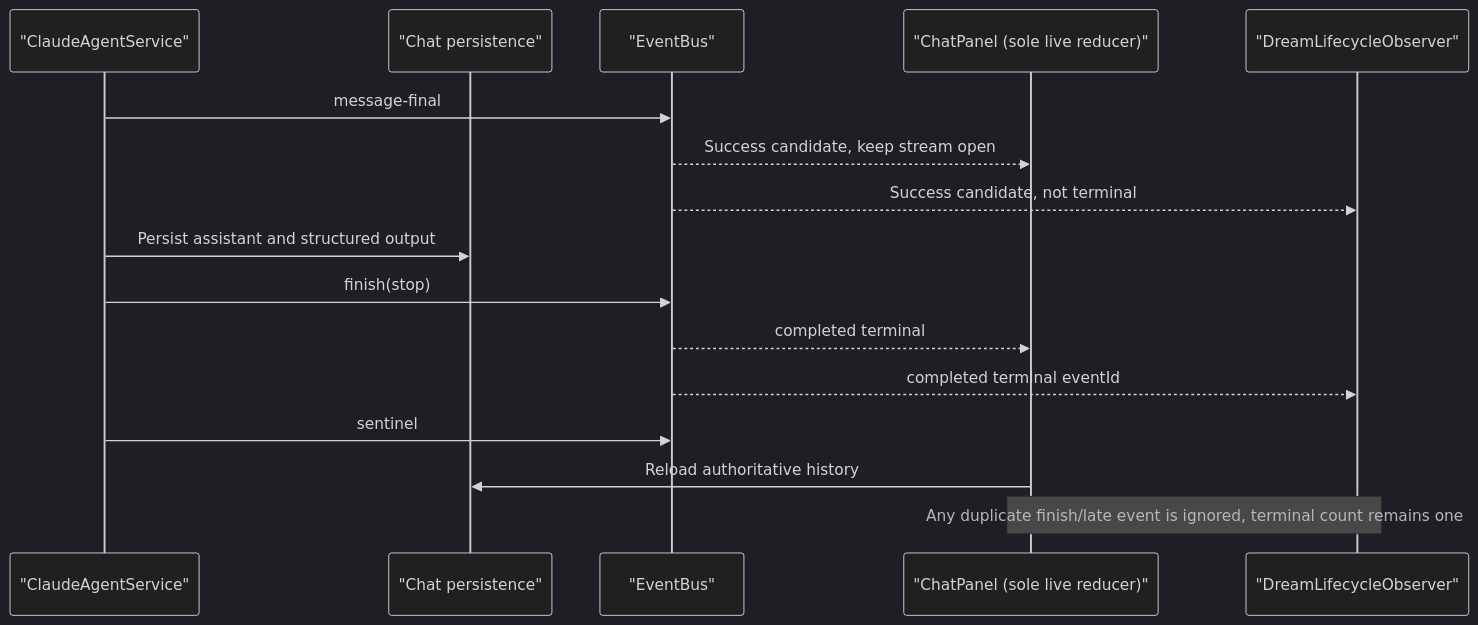
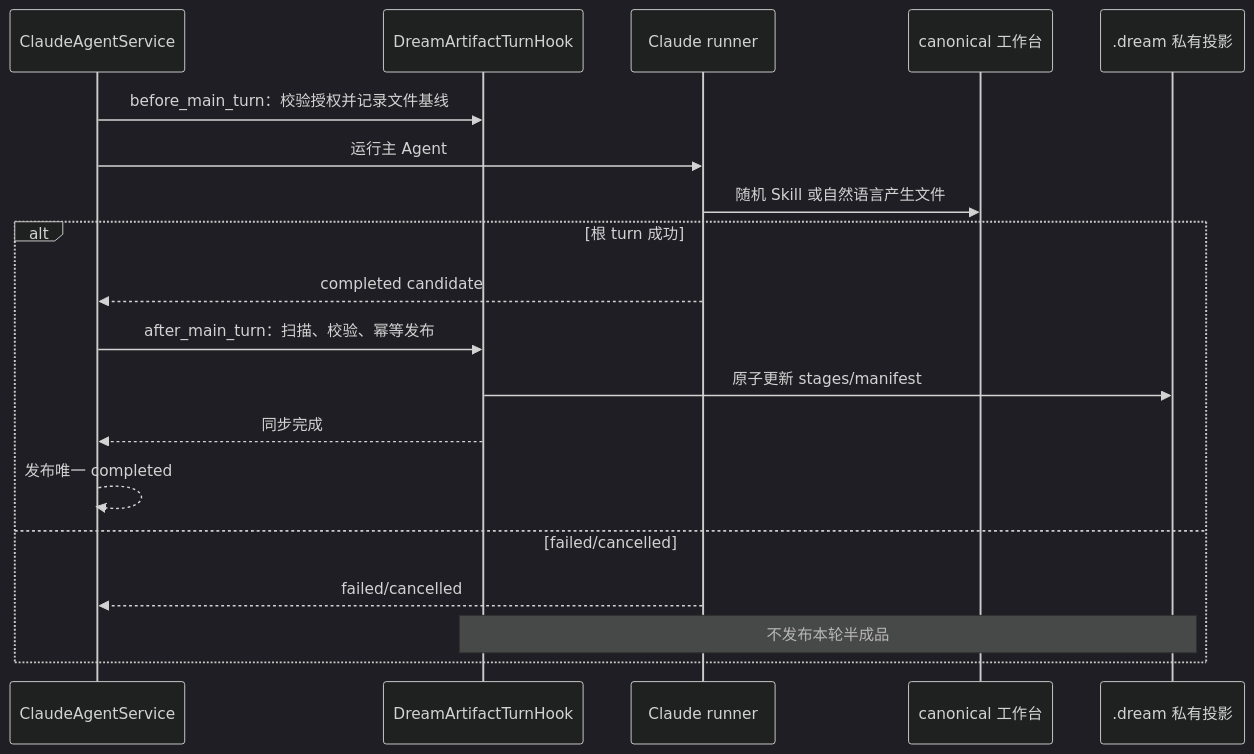
The tenth of 10 diagrams in docs/design/dream-agent/interaction-design.md (glide-the/im-dream), drawn with Mermaid (dark theme) before and after one commit. The commit also changed other lines of this file and 99 other files, not shown here.

Commit message:
refactor(dream): replace episode state machine with skill hooks

````diff
--- a/docs/design/dream-agent/interaction-design.md
+++ b/docs/design/dream-agent/interaction-design.md
@@ -491,19 +204,21 @@
 ```mermaid
 sequenceDiagram
-    participant Service as "ClaudeAgentService"
-    participant DB as "Chat persistence"
-    participant Bus as "EventBus"
-    participant Ctrl as "ChatPanel (sole live reducer)"
-    participant Obs as "DreamLifecycleObserver"
-
-    Service->>Bus: message-final
-    Bus-->>Ctrl: Success candidate, keep stream open
-    Bus-->>Obs: Success candidate, not terminal
-    Service->>DB: Persist assistant and structured output
-    Service->>Bus: finish(stop)
-    Bus-->>Ctrl: completed terminal
-    Bus-->>Obs: completed terminal eventId
-    Service->>Bus: sentinel
-    Ctrl->>DB: Reload authoritative history
-    Note over Ctrl,Obs: Any duplicate finish/late event is ignored, terminal count remains one
+    participant S as ClaudeAgentService
+    participant H as DreamArtifactTurnHook
+    participant R as Claude runner
+    participant W as canonical 工作台
+    participant D as .dream 私有投影
+    S->>H: before_main_turn：校验授权并记录文件基线
+    S->>R: 运行主 Agent
+    R->>W: 随机 Skill 或自然语言产生文件
+    alt 根 turn 成功
+        R-->>S: completed candidate
+        S->>H: after_main_turn：扫描、校验、幂等发布
+        H->>D: 原子更新 stages/manifest
+        H-->>S: 同步完成
+        S-->>S: 发布唯一 completed
+    else failed/cancelled
+        R-->>S: failed/cancelled
+        Note over H,D: 不发布本轮半成品
+    end
 ```
````
